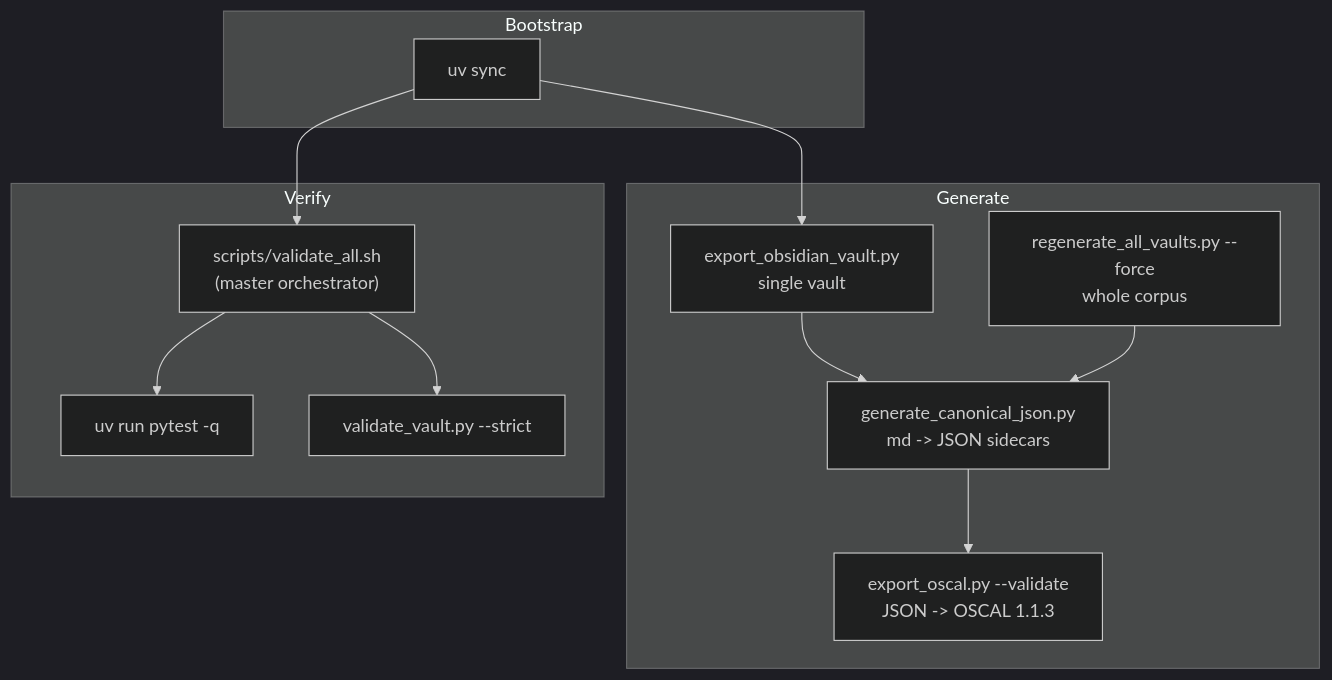
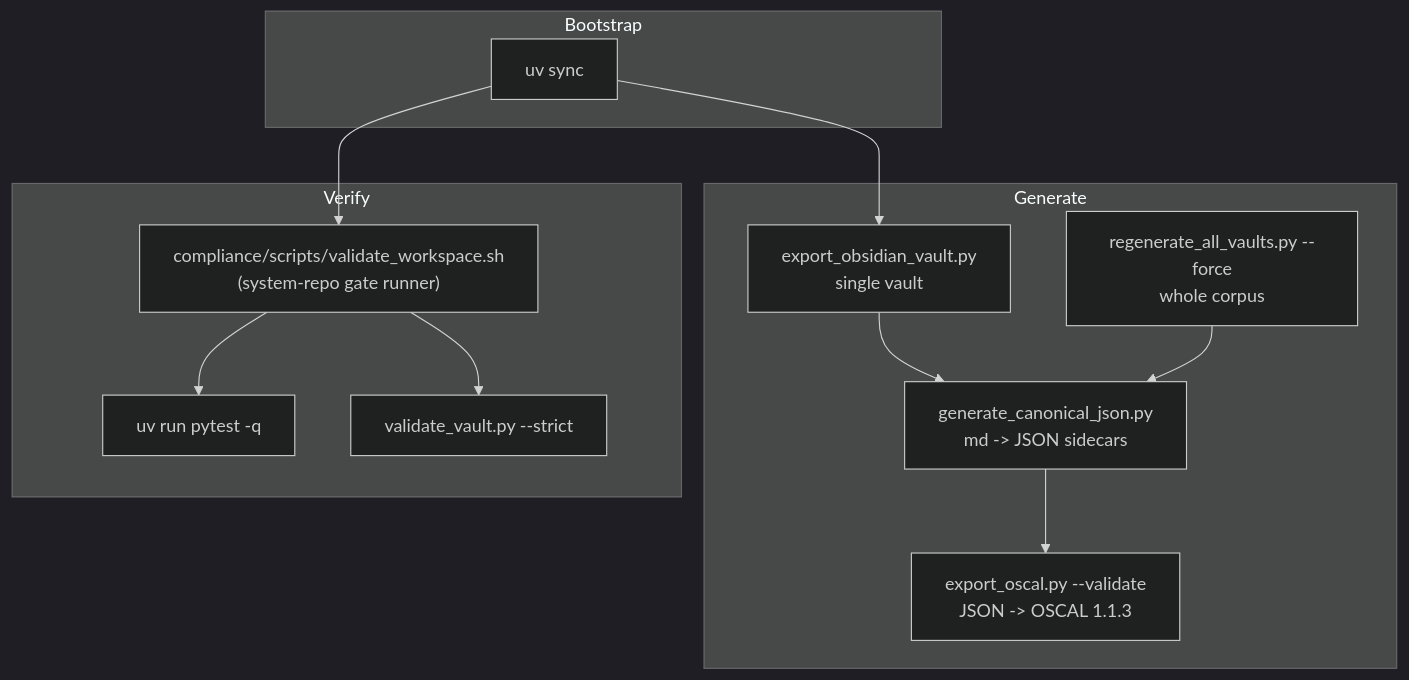
Before and after one commit to GSA-TTS/oscal-vault-core: the fifth of 14 diagrams in docs/ARCHITECTURE.md, drawn with Mermaid (dark theme). The commit also changed other lines of this file and 20 other files, not shown here.

````diff
--- a/docs/ARCHITECTURE.md
+++ b/docs/ARCHITECTURE.md
@@ -207,21 +208,21 @@
 ```mermaid
 flowchart TD
     subgraph BOOT["Bootstrap"]
         S1["uv sync"]
     end
     subgraph GEN["Generate"]
         G1["export_obsidian_vault.py<br/>single vault"]
         G2["regenerate_all_vaults.py --force<br/>whole corpus"]
         G3["generate_canonical_json.py<br/>md -> JSON sidecars"]
         G4["export_oscal.py --validate<br/>JSON -> OSCAL 1.1.3"]
     end
     subgraph VERIFY["Verify"]
-        V1["scripts/validate_all.sh<br/>(master orchestrator)"]
+        V1["compliance/scripts/validate_workspace.sh<br/>(system-repo gate runner)"]
         V2["uv run pytest -q"]
         V3["validate_vault.py --strict"]
     end
     S1 --> G1 --> G3 --> G4
     G2 --> G3
     S1 --> V1
     V1 --> V2 & V3
 ```
````
